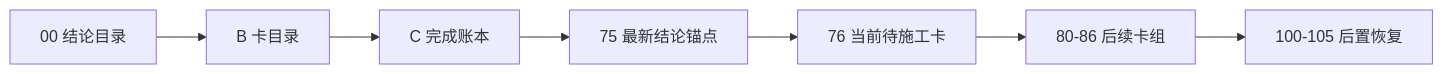
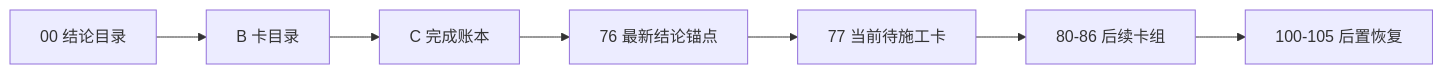
Before and after one commit to everything-is-simple/lifespan-0.01: the diagram in docs/03-execution/A-execution-reading-order-20260409.md, drawn with Mermaid. The commit also changed other lines of this file and 8 other files, not shown here.

````diff
--- a/docs/03-execution/A-execution-reading-order-20260409.md
+++ b/docs/03-execution/A-execution-reading-order-20260409.md
@@ -27,9 +28,9 @@
 ```mermaid
 flowchart LR
     CONC["00 结论目录"] --> BCAT["B 卡目录"]
     BCAT --> CLED["C 完成账本"]
-    CLED --> ANC["75 最新结论锚点"]
-    ANC --> G76["76 当前待施工卡"]
-    G76 --> G80["80-86 后续卡组"]
+    CLED --> ANC["76 最新结论锚点"]
+    ANC --> G77["77 当前待施工卡"]
+    G77 --> G80["80-86 后续卡组"]
     G80 --> NEXT["100-105 后置恢复"]
 ```
````
